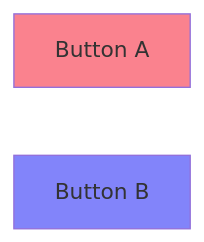
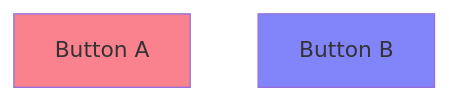
One commit to sighingnow/jekyll-gitbook changed the second of 3 diagrams in _posts/2024-05-27-exp_design.md. Above: the diagram before and after it, drawn with Mermaid. The commit also changed other lines of this file and 1 other file, not shown here.

````diff
--- a/_posts/2024-05-27-exp_design.md
+++ b/_posts/2024-05-27-exp_design.md
@@ -97,9 +97,9 @@
 ```mermaid
-graph LR;
+graph TD;
 id1["Button A"];
 id2["Button B"];
 
 style id1 fill:#fa828e
 style id2 fill:#8284fa
 
 ```
````
